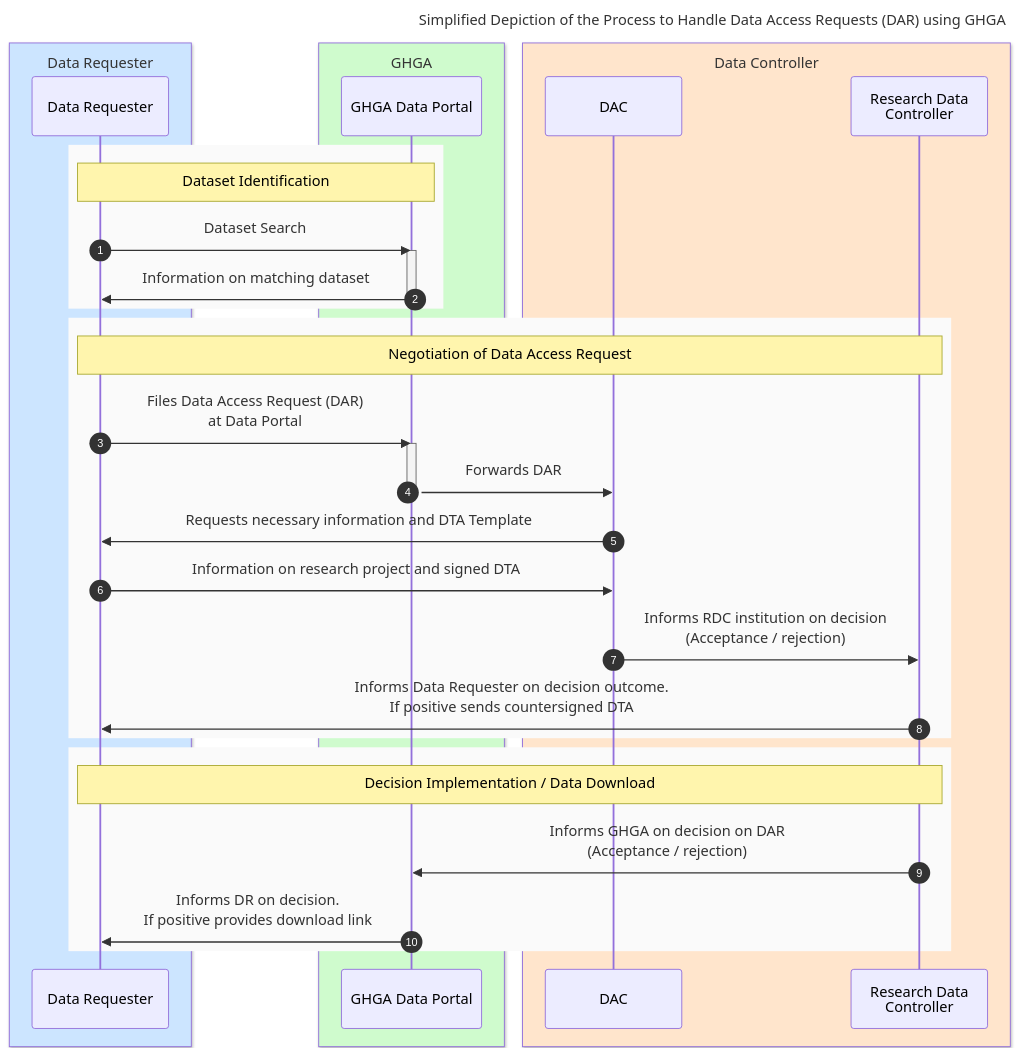
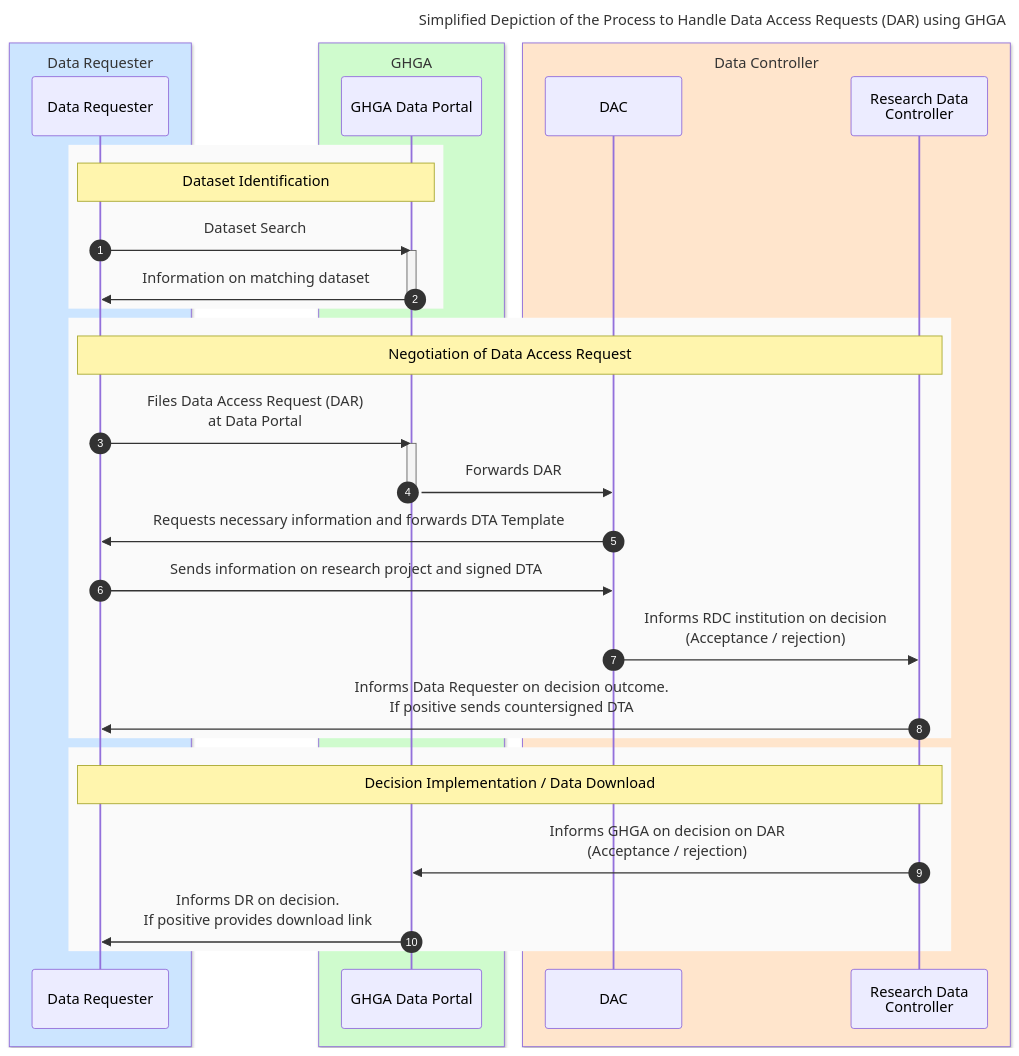
The diagram in user_docs/user_stories/dua-guideline.md (ghga-de/docs.ghga.de), drawn with Mermaid before and after one commit.

Commit message:
Update dua-guideline.md
clarify steps in sequence diagram

````diff
--- a/user_docs/user_stories/dua-guideline.md
+++ b/user_docs/user_stories/dua-guideline.md
@@ -23,38 +23,38 @@
 ``` mermaid
 sequenceDiagram
  title Simplified Depiction of the Process to Handle Data Access Requests (DAR) using GHGA
    box rgb(204, 229, 255) Data Requester
       participant DR as Data Requester
    end
    box rgb(207, 251, 205) GHGA
       participant GHGA as GHGA Data Portal
    end
    box rgb(255, 229, 204) Data Controller
       participant DAC
       participant RDC as Research Data<br/>Controller
    end
    autonumber
    rect rgb(250, 250, 250)
    note over DR, GHGA: Dataset Identification
    DR ->> GHGA : Dataset Search
    activate GHGA
    GHGA ->> DR : Information on matching dataset
    deactivate GHGA
    end
    rect rgb(250, 250, 250)
    note over DR, RDC: Negotiation of Data Access Request
    DR ->> GHGA : Files Data Access Request (DAR) <br/> at Data Portal
    activate GHGA
    GHGA ->> DAC : Forwards DAR
    deactivate GHGA
-   DAC ->> DR : Requests necessary information and DTA Template
-   DR ->> DAC : Information on research project and signed DTA
+   DAC ->> DR : Requests necessary information and forwards DTA Template
+   DR ->> DAC : Sends information on research project and signed DTA
    DAC ->> RDC : Informs RDC institution on decision <br/>(Acceptance / rejection)
    RDC ->> DR : Informs Data Requester on decision outcome. <br/>If positive sends countersigned DTA
    end
    rect rgb(250, 250, 250)
    note over DR, RDC: Decision Implementation / Data Download
    RDC ->> GHGA : Informs GHGA on decision on  DAR<br/> (Acceptance / rejection)
    GHGA ->> DR : Informs DR on decision. <br/> If positive provides download link
    end
 ```
````
